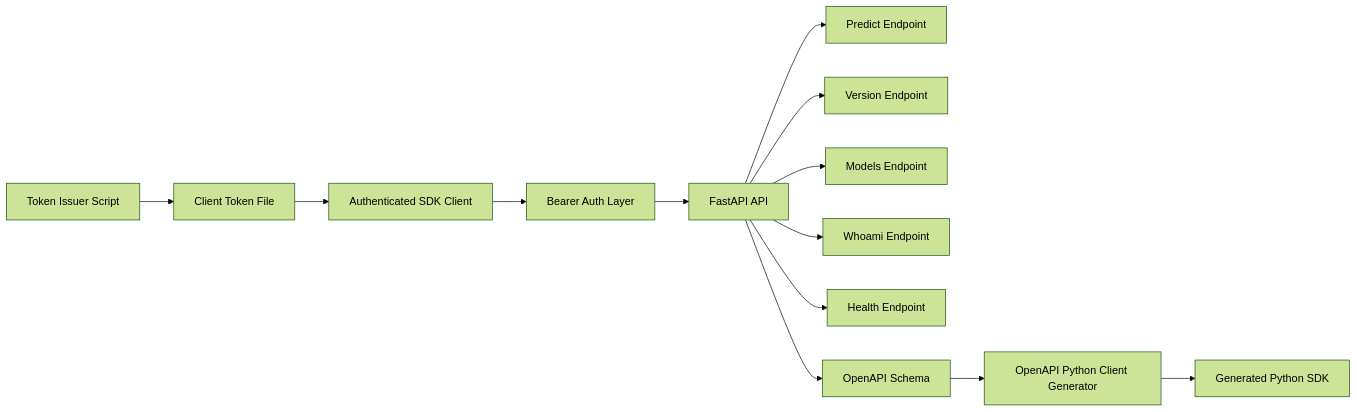
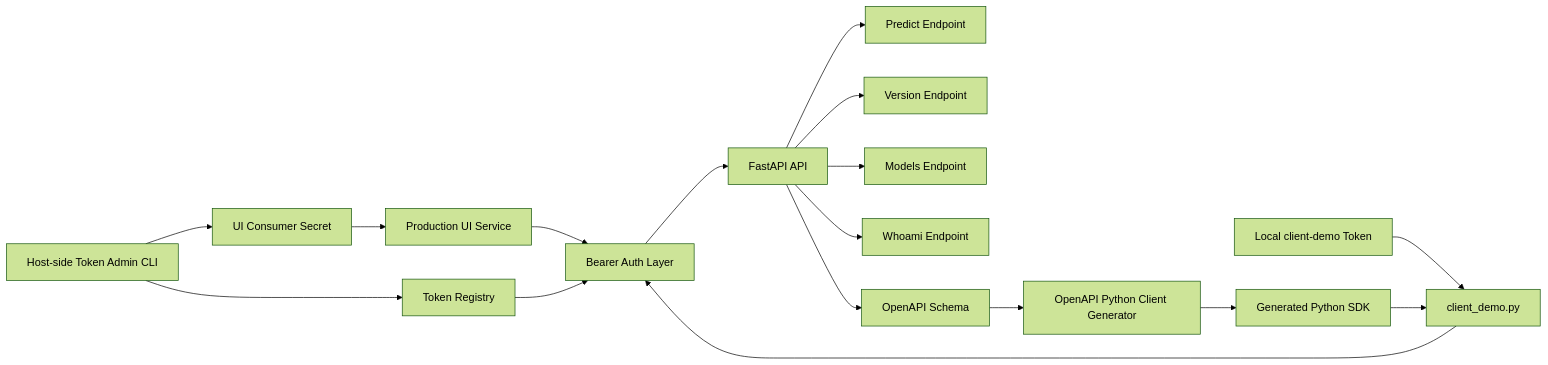
Before and after one commit to sepantakamali/E2EPRAIIP: the third of 4 diagrams in README.md, drawn with Mermaid (forest theme). The commit also changed other lines of this file and 5 other files, not shown here.

````diff
--- a/README.md
+++ b/README.md
@@ -70,17 +72,24 @@
 ```mermaid
 flowchart LR
-    TokenScript[Token Issuer Script] --> TokenFile[Client Token File]
-    TokenFile --> SDKClient[Authenticated SDK Client]
-    SDKClient --> Auth[Bearer Auth Layer]
+    Admin[Host-side Token Admin CLI] --> Registry[Token Registry]
+    Admin --> Secret[UI Consumer Secret]
+
+    Secret --> UI[Production UI Service]
+    UI --> Auth[Bearer Auth Layer]
+    Registry --> Auth
+
+    DemoToken[Local client-demo Token] --> Demo[client_demo.py]
+    SDK[Generated Python SDK] --> Demo
+    Demo --> Auth
+
     Auth --> API[FastAPI API]
 
     API --> Predict[Predict Endpoint]
     API --> Version[Version Endpoint]
     API --> Models[Models Endpoint]
     API --> Whoami[Whoami Endpoint]
-    API --> Health[Health Endpoint]
 
     API --> OpenAPI[OpenAPI Schema]
     OpenAPI --> Generator[OpenAPI Python Client Generator]
-    Generator --> SDKPackage[Generated Python SDK]
+    Generator --> SDK
 ```
````
